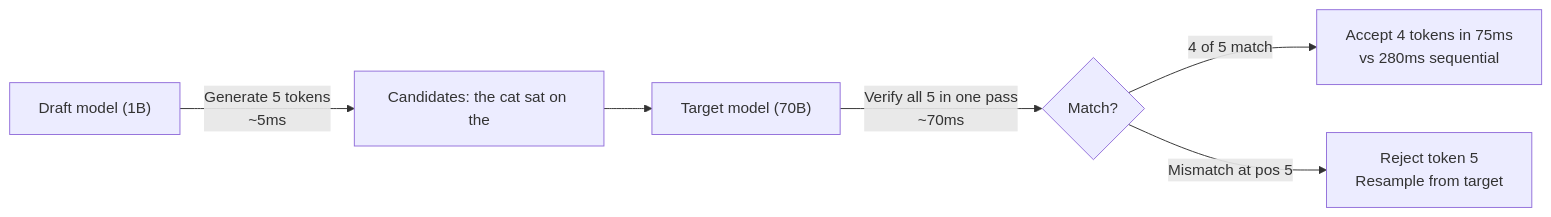
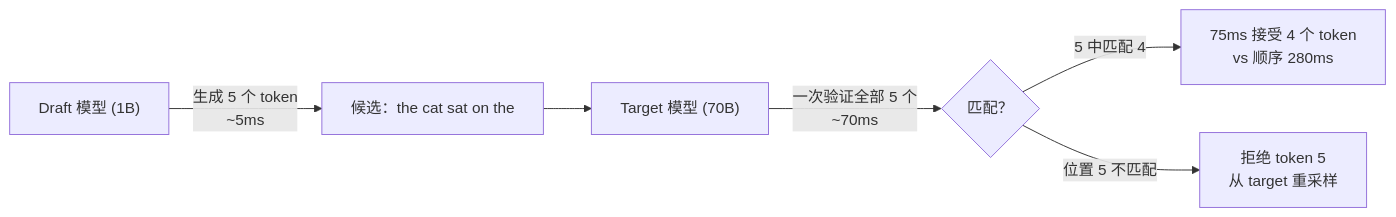
The fifth of 5 diagrams in phases/10-llms-from-scratch/12-inference-optimization/docs/zh.md (alessandrodinisio-ai/ai-engineering-learning-framework), drawn with Mermaid before and after one commit. The commit also changed other lines of this file and 120 other files, not shown here.

First line of the commit message:
i18n(mermaid): 337 个 mermaid 图表标签中文化

````diff
--- a/phases/10-llms-from-scratch/12-inference-optimization/docs/zh.md
+++ b/phases/10-llms-from-scratch/12-inference-optimization/docs/zh.md
@@ -163,8 +163,8 @@
 ```mermaid
 graph LR
-    D["Draft model (1B)"] -->|"Generate 5 tokens<br/>~5ms"| C["Candidates: the cat sat on the"]
-    C --> T["Target model (70B)"]
-    T -->|"Verify all 5 in one pass<br/>~70ms"| V{"Match?"}
-    V -->|"4 of 5 match"| A["Accept 4 tokens in 75ms<br/>vs 280ms sequential"]
-    V -->|"Mismatch at pos 5"| R["Reject token 5<br/>Resample from target"]
+    D["Draft 模型 (1B)"] -->|"生成 5 个 token<br/>~5ms"| C["候选：the cat sat on the"]
+    C --> T["Target 模型 (70B)"]
+    T -->|"一次验证全部 5 个<br/>~70ms"| V{"匹配？"}
+    V -->|"5 中匹配 4"| A["75ms 接受 4 个 token<br/>vs 顺序 280ms"]
+    V -->|"位置 5 不匹配"| R["拒绝 token 5<br/>从 target 重采样"]
 ```
````
